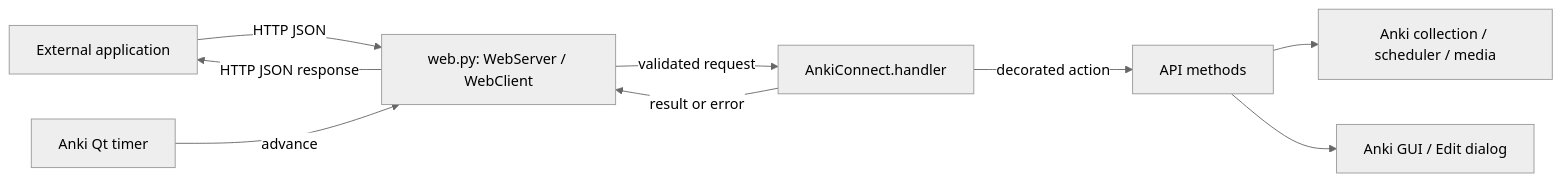
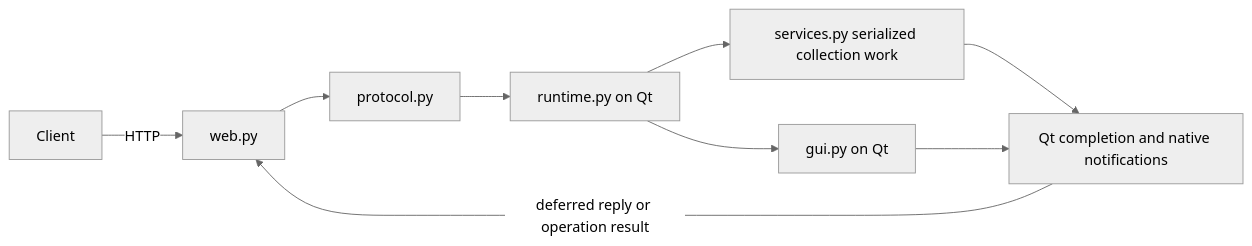
Before and after one commit to FooSoft/anki-connect: the diagram in ARCHITECTURE.md, drawn with Mermaid (neutral theme). The commit also changed other lines of this file and 20 other files, not shown here.

````diff
--- a/ARCHITECTURE.md
+++ b/ARCHITECTURE.md
@@ -45,11 +35,11 @@
 ```mermaid
 flowchart LR
-    Client[External application] -->|HTTP JSON| Web[web.py: WebServer / WebClient]
-    Timer[Anki Qt timer] -->|advance| Web
-    Web -->|validated request| Dispatch[AnkiConnect.handler]
-    Dispatch -->|decorated action| Actions[API methods]
-    Actions --> Collection[Anki collection / scheduler / media]
-    Actions --> GUI[Anki GUI / Edit dialog]
-    Dispatch -->|result or error| Web
-    Web -->|HTTP JSON response| Client
+    Client -->|HTTP| Transport[web.py]
+    Transport --> Dispatcher[protocol.py]
+    Dispatcher --> Admission[runtime.py on Qt]
+    Admission --> Native[services.py serialized collection work]
+    Admission --> GUI[gui.py on Qt]
+    Native --> Completion[Qt completion and native notifications]
+    GUI --> Completion
+    Completion -->|deferred reply or operation result| Transport
 ```
````
